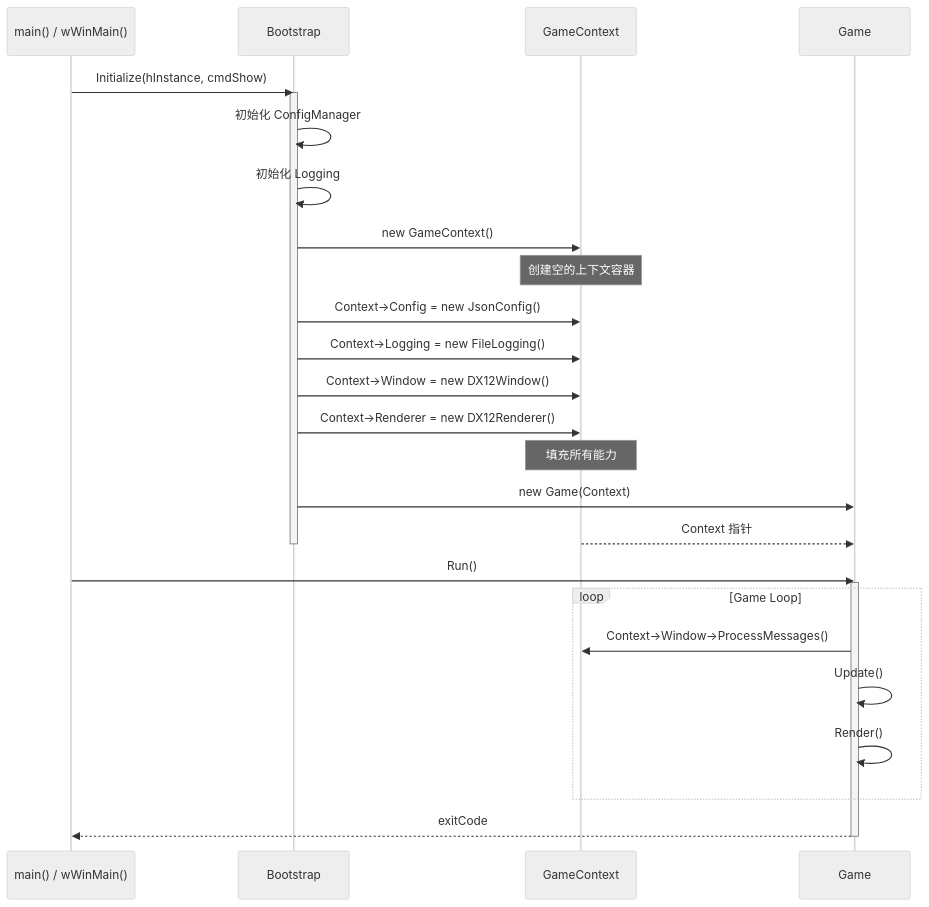
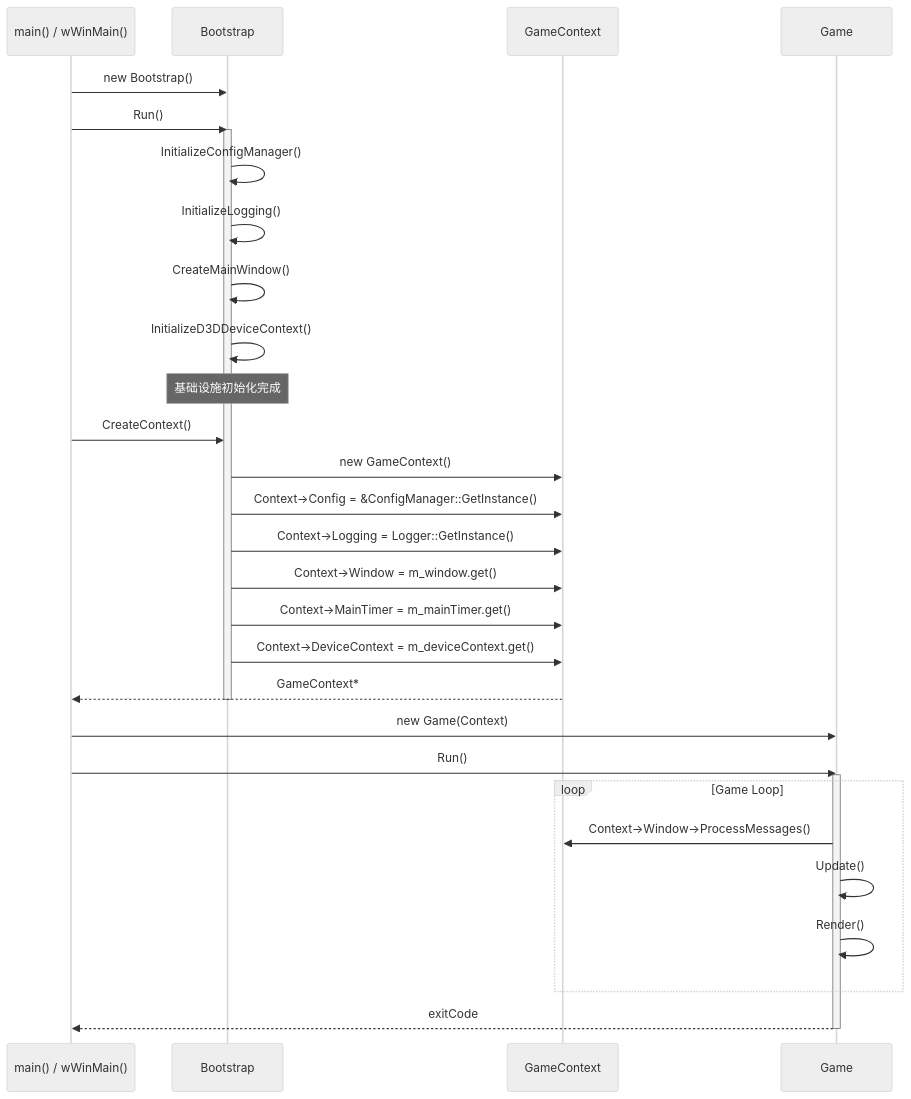
Before and after one commit to Gunxzq/blog: the second of 4 diagrams in src/posts/DX12Engine/Bootstrap.md, drawn with Mermaid (neutral theme). The commit also changed other lines of this file and 3 other files, not shown here.

````diff
--- a/src/posts/DX12Engine/Bootstrap.md
+++ b/src/posts/DX12Engine/Bootstrap.md
@@ -123,38 +130,42 @@
 ```mermaid
 sequenceDiagram
     participant main as main() / wWinMain()
     participant Bootstrap
     participant Context as GameContext
     participant Game
 
-    main->>Bootstrap: Initialize(hInstance, cmdShow)
+    main->>Bootstrap: new Bootstrap()
+    main->>Bootstrap: Run()
     Activate Bootstrap
 
-    Bootstrap->>Bootstrap: 初始化 ConfigManager
-    Bootstrap->>Bootstrap: 初始化 Logging
+    Bootstrap->>Bootstrap: InitializeConfigManager()
+    Bootstrap->>Bootstrap: InitializeLogging()
+    Bootstrap->>Bootstrap: CreateMainWindow()
+    Bootstrap->>Bootstrap: InitializeD3DDeviceContext()
+    
+    Note over Bootstrap: 基础设施初始化完成
 
+    main->>Bootstrap: CreateContext()
     Bootstrap->>Context: new GameContext()
-    Note over Context: 创建空的上下文容器
-
-    Bootstrap->>Context: Context->Config = new JsonConfig()
-    Bootstrap->>Context: Context->Logging = new FileLogging()
-    Bootstrap->>Context: Context->Window = new DX12Window()
-    Bootstrap->>Context: Context->Renderer = new DX12Renderer()
-    Note over Context: 填充所有能力
-
-    Bootstrap->>Game: new Game(Context)
-    Context-->>Game: Context 指针
+    Bootstrap->>Context: Context->Config = &ConfigManager::GetInstance()
+    Bootstrap->>Context: Context->Logging = Logger::GetInstance()
+    Bootstrap->>Context: Context->Window = m_window.get()
+    Bootstrap->>Context: Context->MainTimer = m_mainTimer.get()
+    Bootstrap->>Context: Context->DeviceContext = m_deviceContext.get()
+    
+    Context-->>main: GameContext*
     Deactivate Bootstrap
 
+    main->>Game: new Game(Context)
     main->>Game: Run()
     Activate Game
 
     loop Game Loop
         Game->>Context: Context->Window->ProcessMessages()
         Game->>Game: Update()
         Game->>Game: Render()
     end
 
     Game-->>main: exitCode
     Deactivate Game
 ```
````
